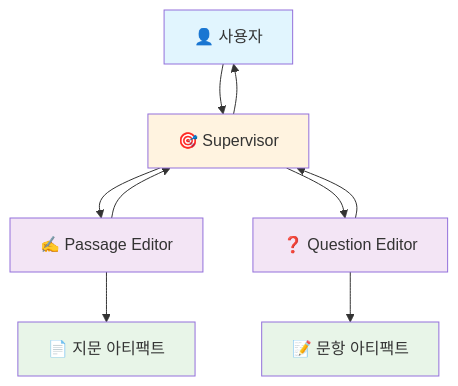
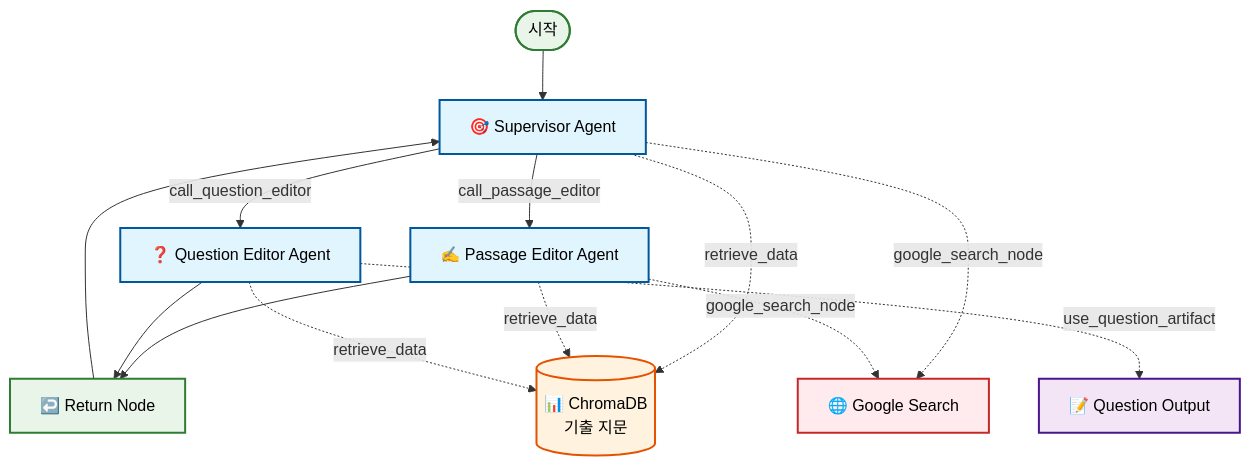
The third of 3 diagrams in README.md (wnsgml9807/KSAT_Agent_for_academy), drawn with Mermaid before and after one commit. The commit also changed other lines of this file and 1 other file, not shown here.

````diff
--- a/README.md
+++ b/README.md
@@ -193,25 +461,35 @@
 ```mermaid
-flowchart TD
-    User[👤 사용자] --> Supervisor[🎯 Supervisor]
+graph TD
+    START([시작]) --> supervisor[🎯 Supervisor Agent]
     
-    Supervisor --> PE[✍️ Passage Editor]
-    Supervisor --> QE[❓ Question Editor]
+    supervisor -->|call_passage_editor| passage_editor[✍️ Passage Editor Agent]
+    supervisor -->|call_question_editor| question_editor[❓ Question Editor Agent]
     
-    PE --> Artifact1[📄 지문 아티팩트]
-    QE --> Artifact2[📝 문항 아티팩트]
+    passage_editor --> return_node[↩️ Return Node]
+    question_editor --> return_node
     
-    PE --> Supervisor
-    QE --> Supervisor
+    return_node --> supervisor
     
-    Supervisor --> User
+    %% 도구 연결
+    supervisor -.->|retrieve_data| db1[(📊 ChromaDB<br/>기출 지문)]
+    supervisor -.->|google_search_node| web[🌐 Google Search]
     
-    classDef user fill:#e1f5fe
-    classDef supervisor fill:#fff3e0
-    classDef agent fill:#f3e5f5
-    classDef artifact fill:#e8f5e8
+    passage_editor -.->|retrieve_data| db1
+    passage_editor -.->|google_search_node| web
     
-    class User user
-    class Supervisor supervisor
-    class PE,QE agent
-    class Artifact1,Artifact2 artifact
+    question_editor -.->|retrieve_data| db1
+    question_editor -.->|use_question_artifact| output[📝 Question Output]
+    
+    %% 스타일링
+    classDef agent fill:#e1f5fe,stroke:#01579b,stroke-width:2px,color:#000
+    classDef node fill:#e8f5e8,stroke:#2e7d32,stroke-width:2px,color:#000
+    classDef db fill:#fff3e0,stroke:#e65100,stroke-width:2px,color:#000
+    classDef tool fill:#f3e5f5,stroke:#4a148c,stroke-width:2px,color:#000
+    classDef external fill:#ffebee,stroke:#c62828,stroke-width:2px,color:#000
+    
+    class supervisor,passage_editor,question_editor agent
+    class return_node node
+    class db1 db
+    class output tool
+    class web external
 ```
````
